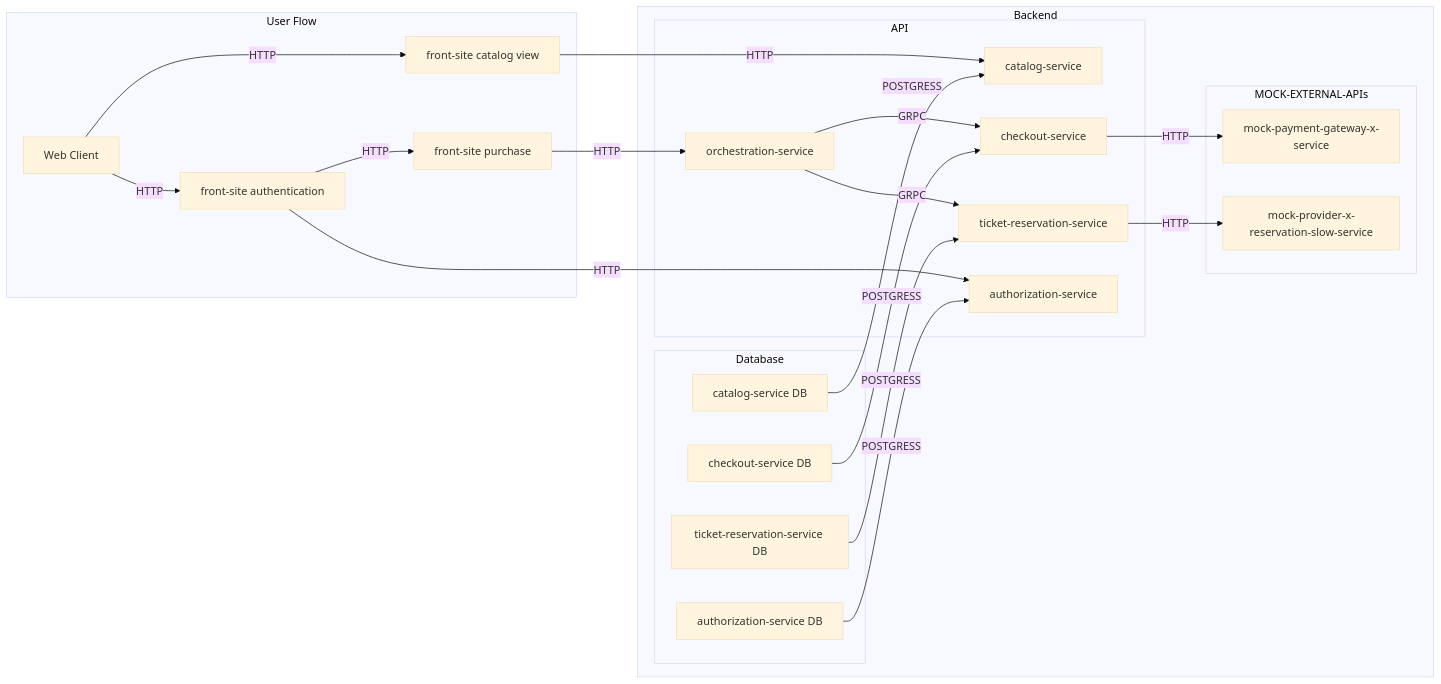
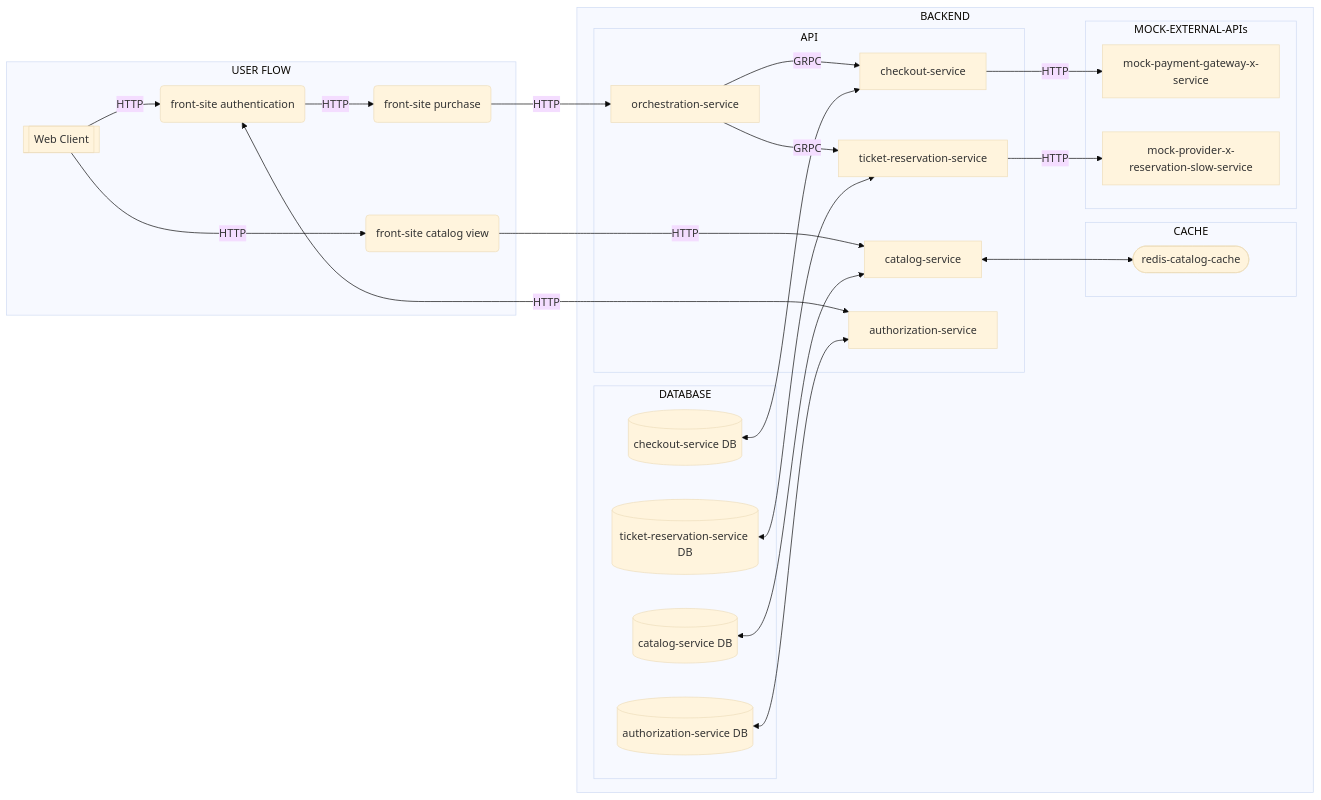
One commit to jtonynet/cine-ticket-study-microsservices changed the diagram in README.md. Above: the diagram before and after it, drawn with Mermaid (base theme). The commit also changed other lines of this file, not shown here.

````diff
--- a/README.md
+++ b/README.md
@@ -80,32 +80,35 @@
 ```mermaid
 graph LR
 
-subgraph User Flow
-  A[Web Client] -->|HTTP| B[front-site catalog view]
-  A -->|HTTP| D[front-site authentication]
-  D -->|HTTP| C[front-site purchase]
+subgraph USER FLOW
+  A[[Web Client]] -->|HTTP| B(front-site catalog view)
+  A -->|HTTP| D(front-site authentication)
+  D -->|HTTP| C(front-site purchase)
 end
 
-subgraph Backend
+subgraph BACKEND
   subgraph API
     B -->|HTTP| E[catalog-service]
     C -->|HTTP| N[orchestration-service]
     N -->|GRPC| F[checkout-service]
     N -->|GRPC| L[ticket-reservation-service]
-    D -->|HTTP| O[authorization-service]
+    D <-->|HTTP| O[authorization-service]
   end
   
-  subgraph Database
-    H[catalog-service DB] -->|POSTGRESS| E
-    K[checkout-service DB] -->|POSTGRESS| F
-    P[authorization-service DB] -->|POSTGRESS| O
-    Q[ticket-reservation-service DB] -->|POSTGRESS| L
+  subgraph DATABASE
+    H[(catalog-service DB)] <-->| | E
+    K[(checkout-service DB)] <-->| | F
+    P[(authorization-service DB)] <-->| | O
+    Q[(ticket-reservation-service DB)] <-->| | L
+  end
+  
+  subgraph CACHE
+    E <-->| | R([redis-catalog-cache])
   end
 
   subgraph MOCK-EXTERNAL-APIs
     F -->|HTTP| G[mock-payment-gateway-x-service]
     L -->|HTTP| M[mock-provider-x-reservation-slow-service]
   end
 end
-
 ``` 
````
